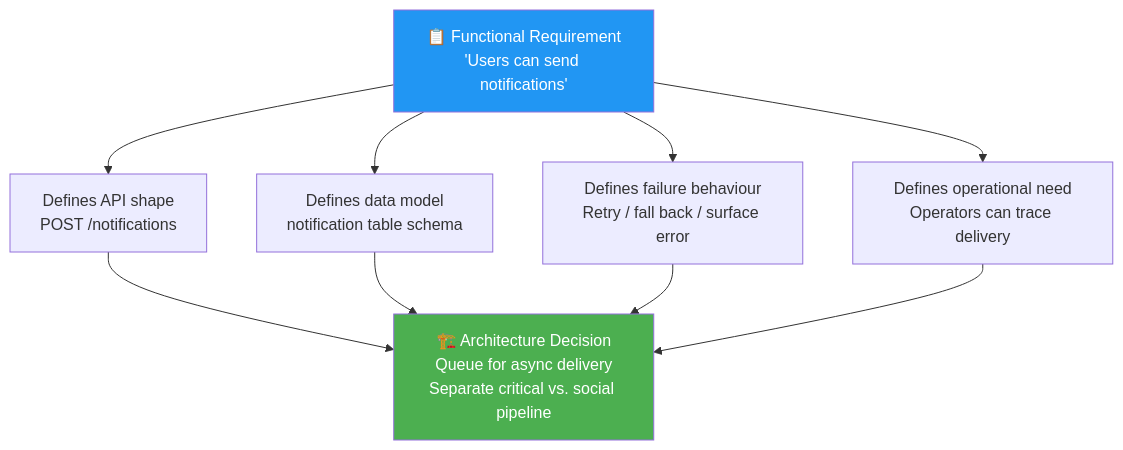
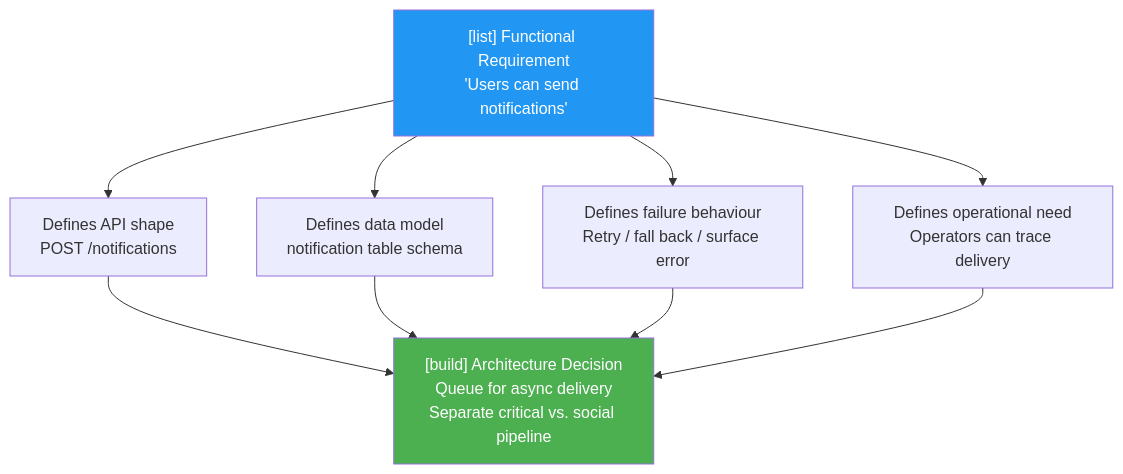
Before and after one commit to ranjeetnegi/System-Design-for-Staff-SWE: the first of 9 diagrams in Section2/Chapter_15_Phase_2_Functional_Requirements.md, drawn with Mermaid. The commit also changed other lines of this file and 20 other files, not shown here.

````diff
--- a/Section2/Chapter_15_Phase_2_Functional_Requirements.md
+++ b/Section2/Chapter_15_Phase_2_Functional_Requirements.md
@@ -57,13 +57,13 @@
 ```mermaid
 flowchart TD
-    A["📋 Functional Requirement\n'Users can send notifications'"] --> B["Defines API shape\nPOST /notifications"]
+    A["[list] Functional Requirement\n'Users can send notifications'"] --> B["Defines API shape\nPOST /notifications"]
     A --> C["Defines data model\nnotification table schema"]
     A --> D["Defines failure behaviour\nRetry / fall back / surface error"]
     A --> E["Defines operational need\nOperators can trace delivery"]
-    B --> F["🏗️ Architecture Decision\nQueue for async delivery\nSeparate critical vs. social pipeline"]
+    B --> F["[build] Architecture Decision\nQueue for async delivery\nSeparate critical vs. social pipeline"]
     C --> F
     D --> F
     E --> F
     style A fill:#2196F3,color:#fff
     style F fill:#4CAF50,color:#fff
 ```
````
